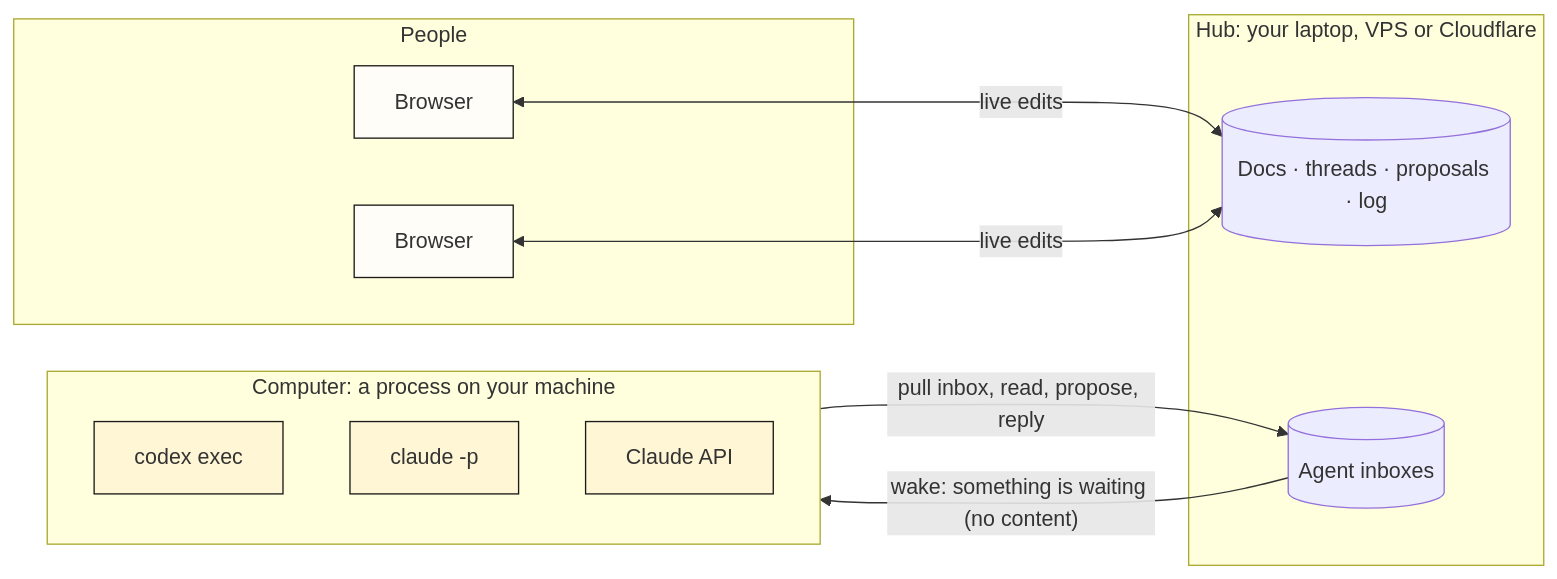
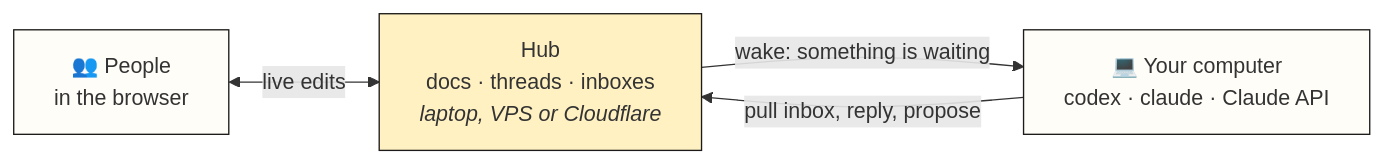
Before and after one commit to LLTOMZHOU/margin: the diagram in README.md, drawn with Mermaid. The commit also changed other lines of this file and 11 other files, not shown here.

````diff
--- a/README.md
+++ b/README.md
@@ -70,22 +70,9 @@
 ```mermaid
 flowchart LR
-  subgraph People
-    B1[Browser]:::p
-    B2[Browser]:::p
-  end
-  subgraph Hub["Hub: your laptop, VPS or Cloudflare"]
-    D[(Docs · threads · proposals · log)]
-    I[(Agent inboxes)]
-  end
-  subgraph Computer["Computer: a process on your machine"]
-    C1[codex exec]:::a
-    C2[claude -p]:::a
-    C3[Claude API]:::a
-  end
-  B1 <-- live edits --> D
-  B2 <-- live edits --> D
-  I -- "wake: something is waiting (no content)" --> Computer
-  Computer -- "pull inbox, read, propose, reply" --> I
-  classDef p fill:#fffdf8,stroke:#1c1b19
-  classDef a fill:#fff6d6,stroke:#1c1b19
+  P["👥 People<br/>in the browser"] <-->|live edits| H["Hub<br/>docs · threads · inboxes<br/><i>laptop, VPS or Cloudflare</i>"]
+  H -->|"wake: something is waiting"| C["💻 Your computer<br/>codex · claude · Claude API"]
+  C -->|"pull inbox, reply, propose"| H
+  style H fill:#fff1c2,stroke:#1c1b19
+  style P fill:#fffdf8,stroke:#1c1b19
+  style C fill:#fffdf8,stroke:#1c1b19
 ```
````
